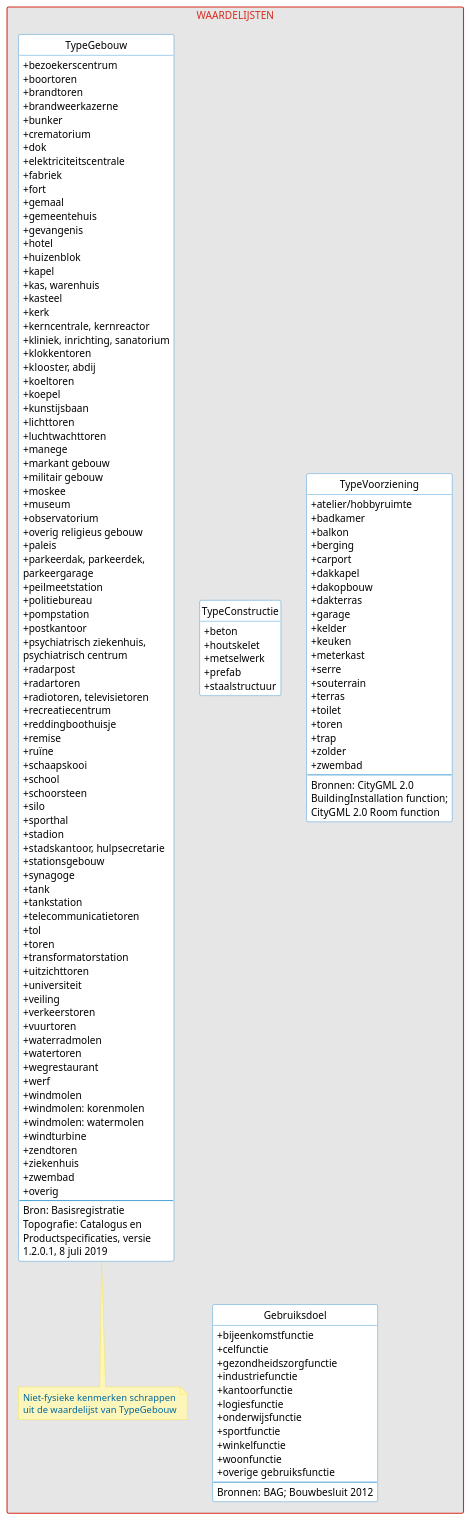
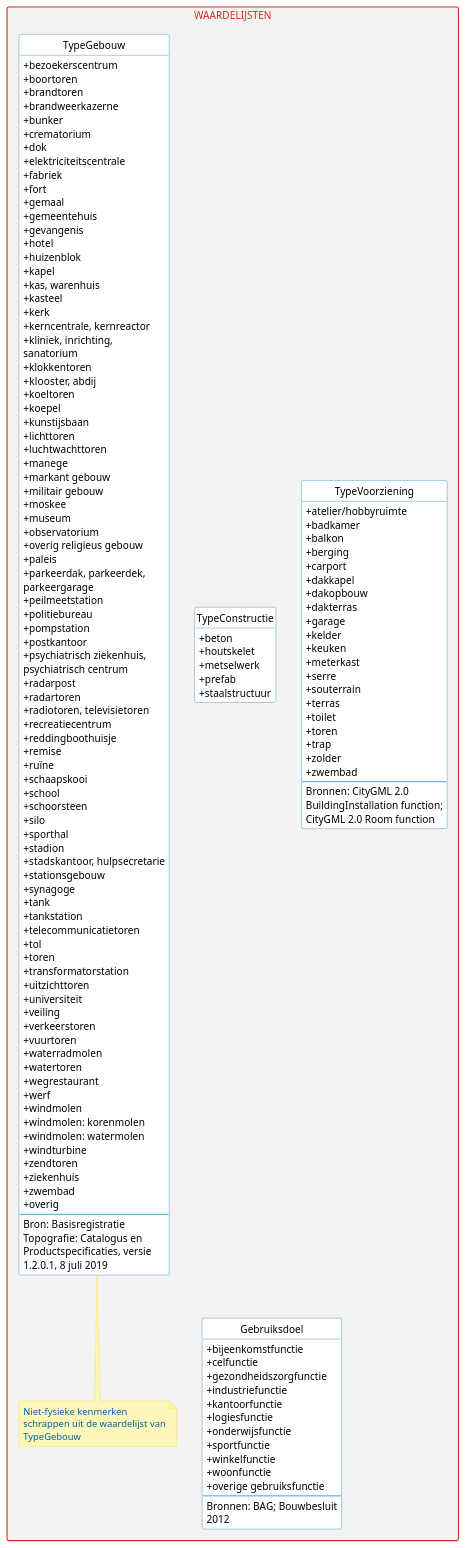
Before and after one commit to geobasisregistraties/werkgroep-bouwwerken: the diagram in model/waardelijsten.puml, drawn with PlantUML.

```diff
--- a/model/waardelijsten.puml
+++ b/model/waardelijsten.puml
@@ -29,7 +29,7 @@
 ' skinparam linetype polyline
 ' --------^-^-^-^-^-^-^-^--------
 
-skinparam WrapWidth 220
+skinparam WrapWidth 200
 
 skinparam Shadowing false
 
@@ -55,7 +55,7 @@
 }
 
 skinparam package {
-    BackgroundColor #e6e6e6
+    BackgroundColor #f3f3f3
     BorderColor #d52b1e
     FontColor #d52b1e
 '     FontName RijksoverheidSansText
@@ -137,27 +137,27 @@
 
     class TypeGebouw << Referentielijst >> {
 ' http://inspire.ec.europa.eu/codelist/BuildingNatureValue
-'         boog
-'         bunker
-'         dam
-'         grotgebouw
-'         kapel
-'         kas
-'         kasteel
-'         kerk
-'         moskee
-'         opslagtank
-'         overkapping
-'         schuur
-'         silo
-'         stadion
-'         synagoge
-'         tempel
-'         toren
-'         vuurtoren
-'         windmolen
-'         windturbine
-'         zonnescherm
+'         + boog
+'         + bunker
+'         + dam
+'         + grotgebouw
+'         + kapel
+'         + kas
+'         + kasteel
+'         + kerk
+'         + moskee
+'         + opslagtank
+'         + overkapping
+'         + schuur
+'         + silo
+'         + stadion
+'         + synagoge
+'         + tempel
+'         + toren
+'         + vuurtoren
+'         + windmolen
+'         + windturbine
+'         + zonnescherm
 '         --
 '         Bron: INSPIRE BuildingNatureValue
 '
```
